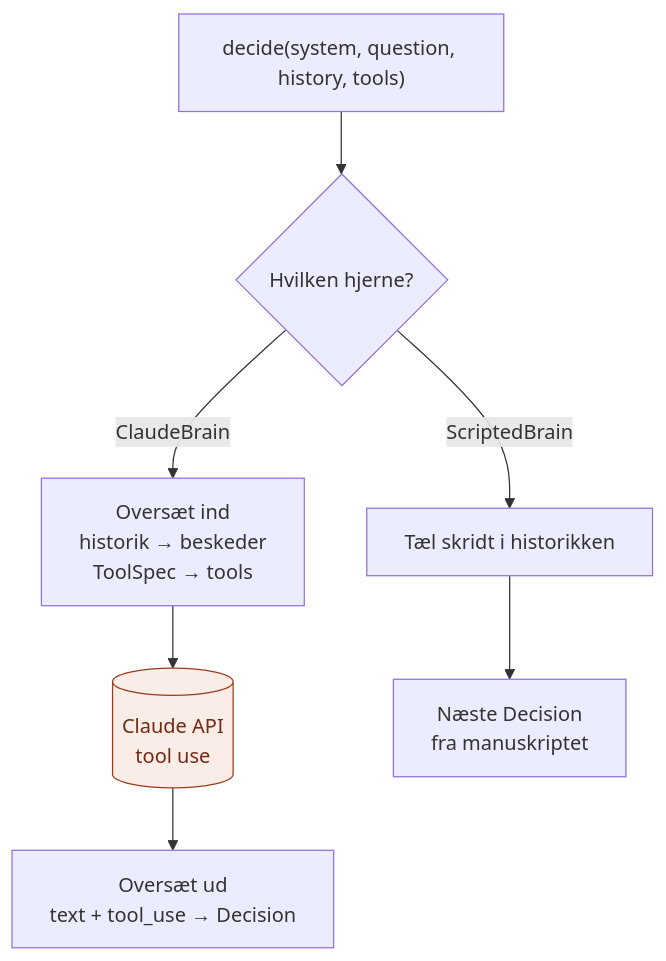
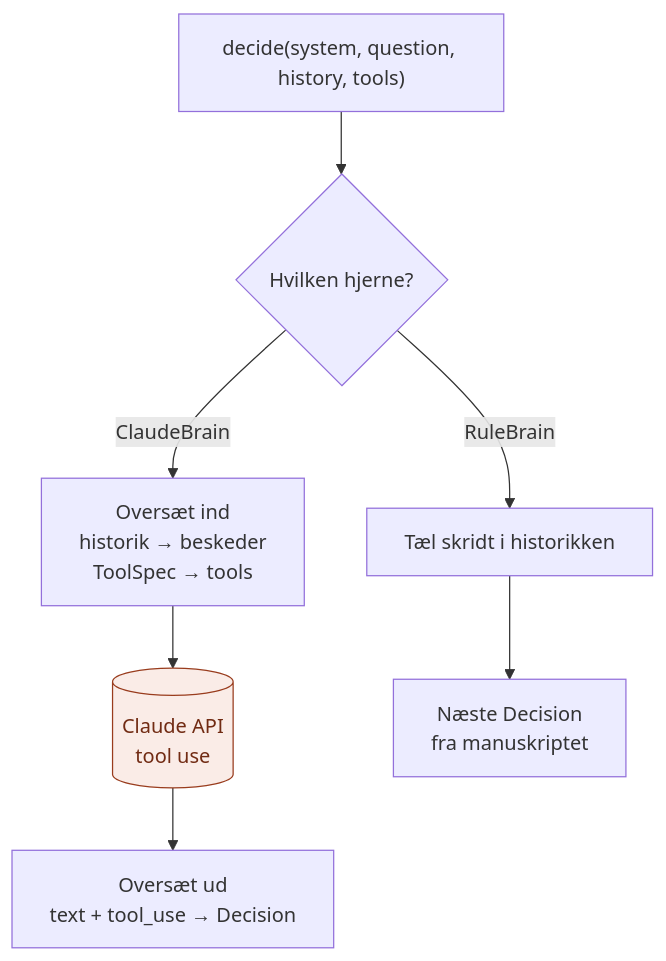
Before and after one commit to AlexanderThomsen0339/agent-anatomy-poc: the diagram in Kodetjek/Agent/infrastructure/README.md, drawn with Mermaid. The commit also changed other lines of this file and 5 other files, not shown here.

````diff
--- a/Kodetjek/Agent/infrastructure/README.md
+++ b/Kodetjek/Agent/infrastructure/README.md
@@ -18,14 +18,14 @@
 ```mermaid
 flowchart TD
     D["decide(system, question, history, tools)"] --> W{"Hvilken hjerne?"}
 
     W -- ClaudeBrain --> T1["Oversæt ind<br/>historik → beskeder<br/>ToolSpec → tools"]
     T1 --> API[("Claude API<br/>tool use")]
     API --> T2["Oversæt ud<br/>text + tool_use → Decision"]
 
-    W -- ScriptedBrain --> C["Tæl skridt i historikken"]
+    W -- RuleBrain --> C["Tæl skridt i historikken"]
     C --> N["Næste Decision<br/>fra manuskriptet"]
 
     classDef tech fill:#FAECE7,stroke:#993C1D,color:#712B13
     class API tech
 ```
````
